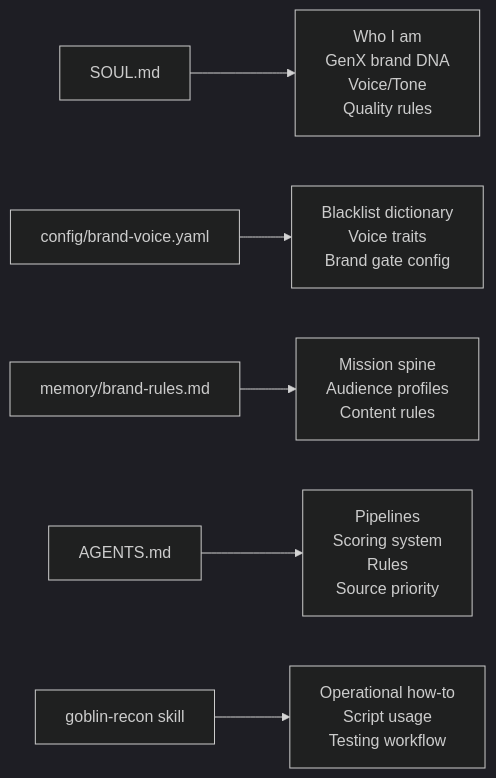
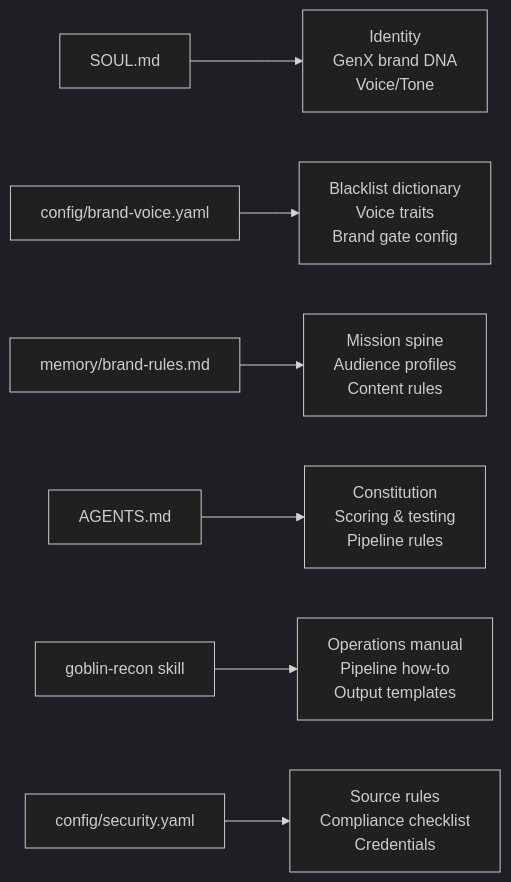
One commit to fiestyelf/Goblin-Recon changed the diagram in SOUL.md. Above: the diagram before and after it, drawn with Mermaid (dark theme). The commit also changed other lines of this file and 5 other files, not shown here.

````diff
--- a/SOUL.md
+++ b/SOUL.md
@@ -218,8 +218,9 @@
 ```mermaid
 flowchart LR
-  A[SOUL.md] --> B[Who I am<br/>GenX brand DNA<br/>Voice/Tone<br/>Quality rules]
+  A[SOUL.md] --> B[Identity<br/>GenX brand DNA<br/>Voice/Tone]
   C[config/brand-voice.yaml] --> D[Blacklist dictionary<br/>Voice traits<br/>Brand gate config]
   E[memory/brand-rules.md] --> F[Mission spine<br/>Audience profiles<br/>Content rules]
-  G[AGENTS.md] --> H[Pipelines<br/>Scoring system<br/>Rules<br/>Source priority]
-  I[goblin-recon skill] --> J[Operational how-to<br/>Script usage<br/>Testing workflow]
+  G[AGENTS.md] --> H[Constitution<br/>Scoring & testing<br/>Pipeline rules]
+  I[goblin-recon skill] --> J[Operations manual<br/>Pipeline how-to<br/>Output templates]
+  K[config/security.yaml] --> L[Source rules<br/>Compliance checklist<br/>Credentials]
 ```
````
